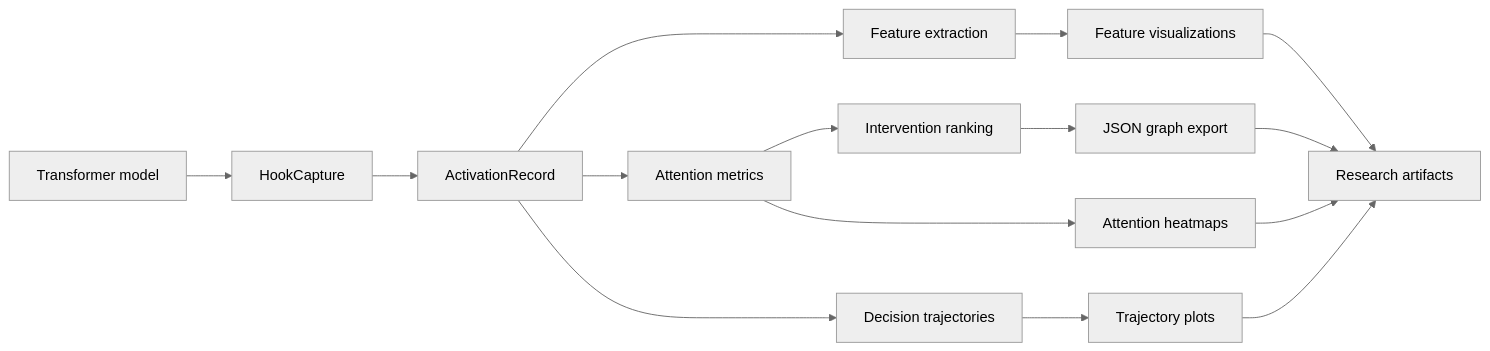
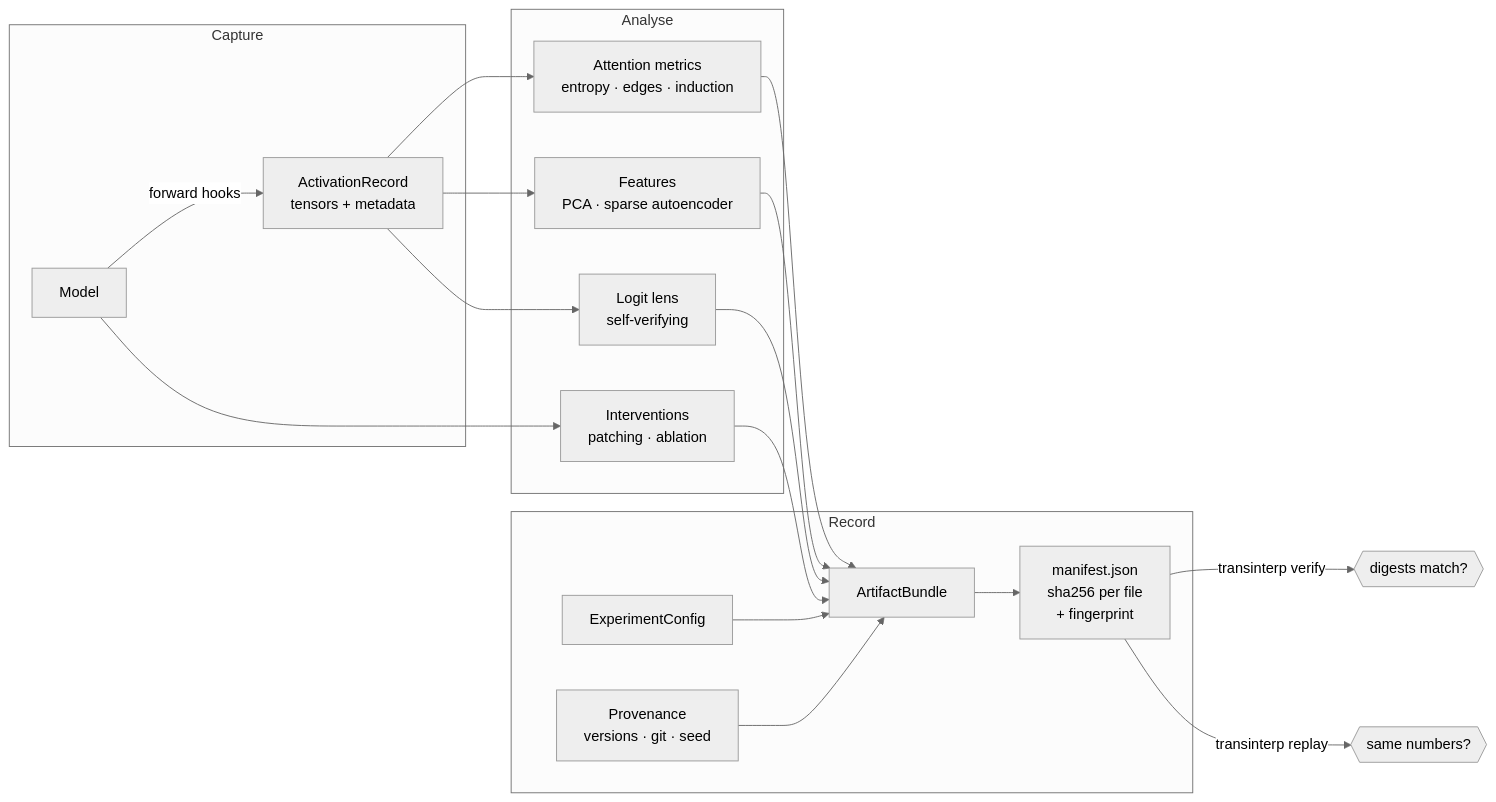
Before and after one commit to Zoe4370/TransInterp: the diagram in docs/figures/architecture.mmd, drawn with Mermaid (neutral theme). The commit also changed 9 other files, not shown here.

```diff
--- a/docs/figures/architecture.mmd
+++ b/docs/figures/architecture.mmd
@@ -1,15 +1,24 @@
 flowchart LR
-    A[Transformer model] --> B[HookCapture]
-    B --> C[ActivationRecord]
-    C --> D[Feature extraction]
-    C --> E[Attention metrics]
-    C --> F[Decision trajectories]
-    E --> G[Intervention ranking]
-    D --> H[Feature visualizations]
-    E --> I[Attention heatmaps]
-    F --> J[Trajectory plots]
-    G --> K[JSON graph export]
-    H --> L[Research artifacts]
-    I --> L
-    J --> L
-    K --> L
+    subgraph capture["Capture"]
+        M[Model] -->|forward hooks| R[ActivationRecord<br/>tensors + metadata]
+    end
+
+    subgraph analyse["Analyse"]
+        R --> A[Attention metrics<br/>entropy · edges · induction]
+        R --> F[Features<br/>PCA · sparse autoencoder]
+        R --> L[Logit lens<br/>self-verifying]
+        M --> P[Interventions<br/>patching · ablation]
+    end
+
+    subgraph record["Record"]
+        A --> B[ArtifactBundle]
+        F --> B
+        L --> B
+        P --> B
+        C[ExperimentConfig] --> B
+        E[Provenance<br/>versions · git · seed] --> B
+        B --> MF[manifest.json<br/>sha256 per file<br/>+ fingerprint]
+    end
+
+    MF -->|transinterp verify| V{{digests match?}}
+    MF -->|transinterp replay| RP{{same numbers?}}
```
